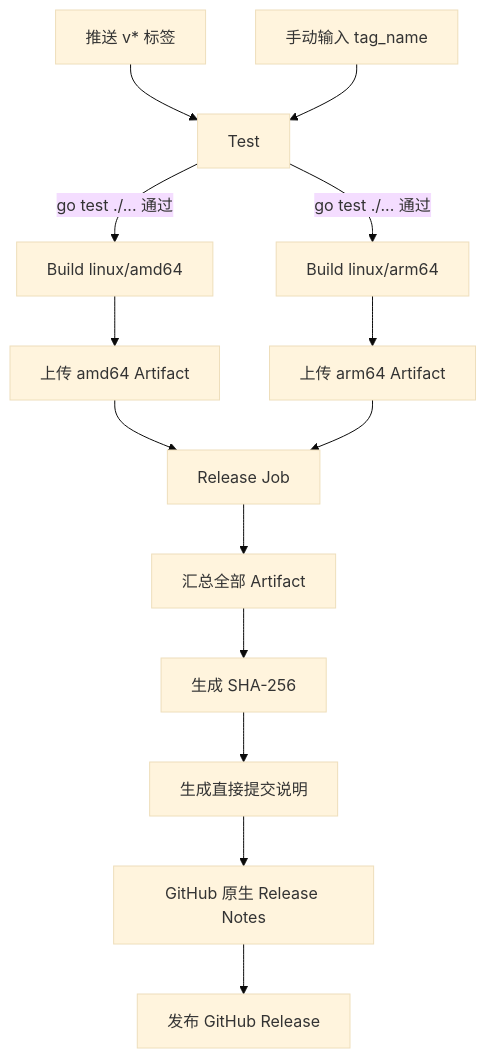
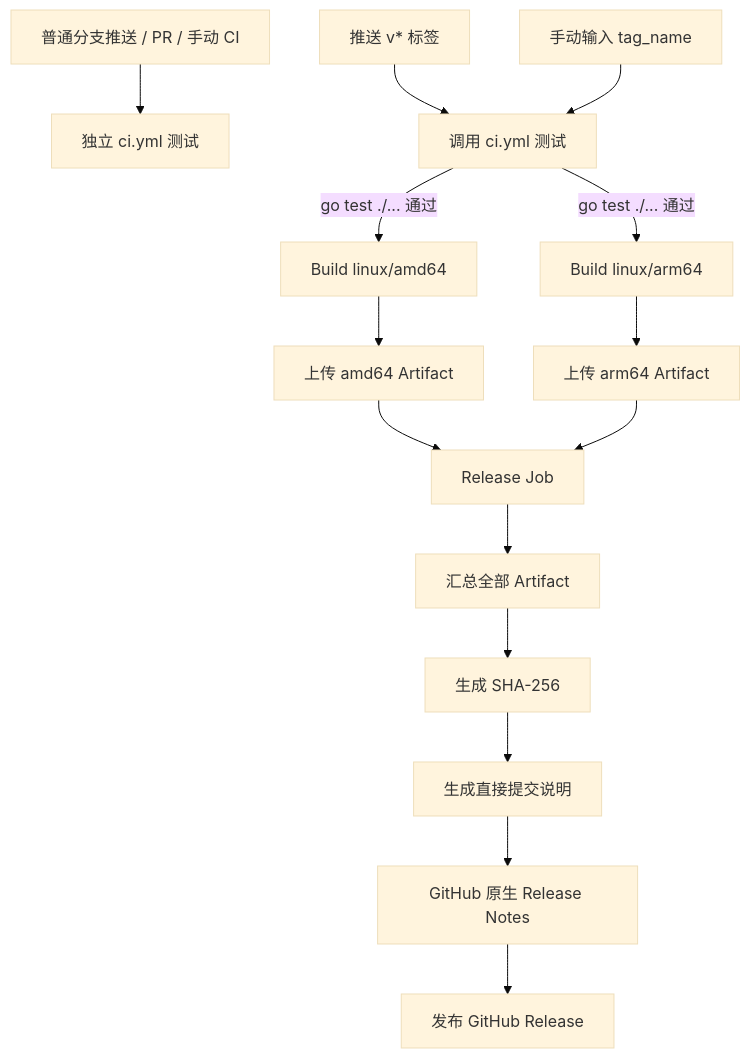
Before and after one commit to Snail-one/ServerTool: the diagram in docs/CICD_STANDARD.md, drawn with Mermaid (base theme). The commit also changed other lines of this file and 3 other files, not shown here.

````diff
--- a/docs/CICD_STANDARD.md
+++ b/docs/CICD_STANDARD.md
@@ -35,16 +35,17 @@
 ```mermaid
 flowchart TD
-    A[推送 v* 标签] --> T[Test]
+    D[普通分支推送 / PR / 手动 CI] --> C0[独立 ci.yml 测试]
+    A[推送 v* 标签] --> T[调用 ci.yml 测试]
     M[手动输入 tag_name] --> T
     T -->|go test ./... 通过| B1[Build linux/amd64]
     T -->|go test ./... 通过| B2[Build linux/arm64]
     B1 --> U1[上传 amd64 Artifact]
     B2 --> U2[上传 arm64 Artifact]
     U1 --> R[Release Job]
     U2 --> R
     R --> C[汇总全部 Artifact]
     C --> S[生成 SHA-256]
     S --> N[生成直接提交说明]
     N --> P[GitHub 原生 Release Notes]
     P --> G[发布 GitHub Release]
 ```
````
